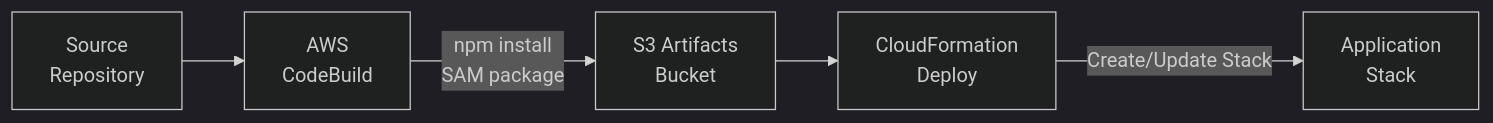
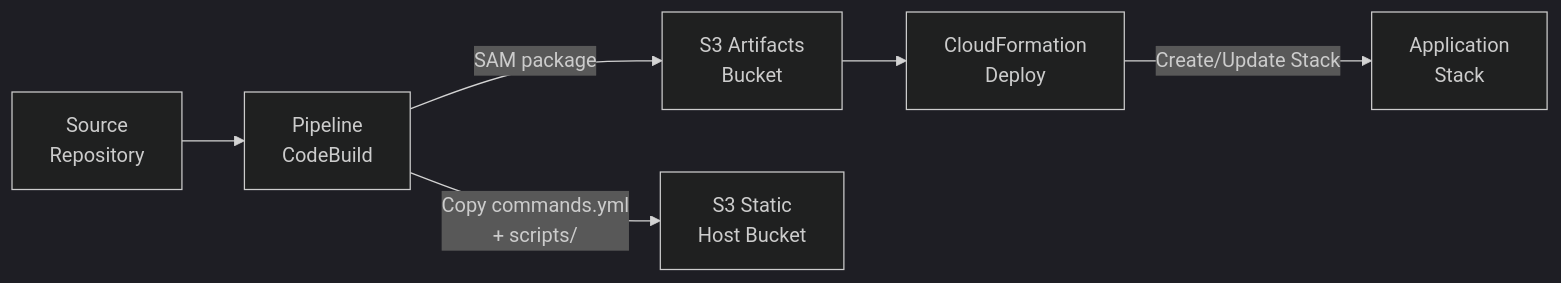
Before and after one commit to 63Klabs/atlantis-starter-03-serverless-codebuild-container: the second of 2 diagrams in ARCHITECTURE.md, drawn with Mermaid (dark theme). The commit also changed other lines of this file and 15 other files, not shown here.

````diff
--- a/ARCHITECTURE.md
+++ b/ARCHITECTURE.md
@@ -45,7 +46,8 @@
 ```mermaid
 flowchart LR
-    Repo["Source<br/>Repository"] --> CodeBuild["AWS<br/>CodeBuild"]
-    CodeBuild -->|"npm install<br/>SAM package"| Artifacts["S3 Artifacts<br/>Bucket"]
+    Repo["Source<br/>Repository"] --> CodeBuild["Pipeline<br/>CodeBuild"]
+    CodeBuild -->|"SAM package"| Artifacts["S3 Artifacts<br/>Bucket"]
+    CodeBuild -->|"Copy commands.yml<br/>+ scripts/"| S3Static["S3 Static<br/>Host Bucket"]
     Artifacts --> CFN["CloudFormation<br/>Deploy"]
     CFN -->|"Create/Update Stack"| Stack["Application<br/>Stack"]
 ```
````
